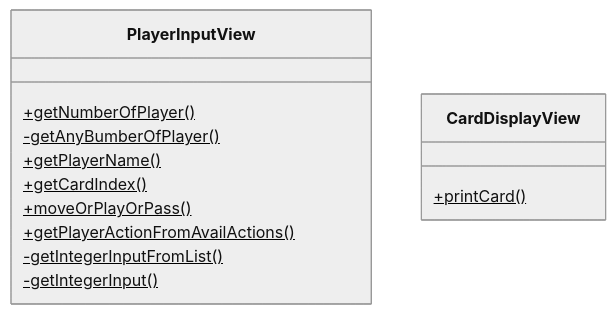
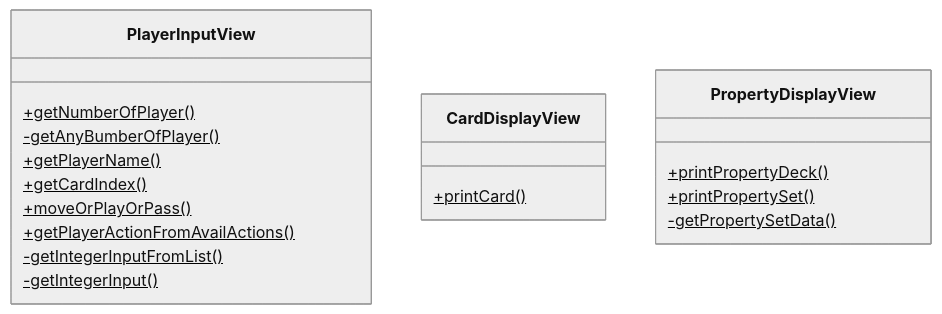
Before and after one commit to KelvinQiu802/comp2004: the fourth of 4 diagrams in README.md, drawn with Mermaid (neutral theme).

Commit message:
docs: update uml

````diff
--- a/README.md
+++ b/README.md
@@ -267,18 +267,24 @@
 ```mermaid
 classDiagram
 	
 	class PlayerInputView{
 		+getNumberOfPlayer()$
 		-getAnyBumberOfPlayer()$
 		+getPlayerName()$
 		+getCardIndex()$
 		+moveOrPlayOrPass()$
 		+getPlayerActionFromAvailActions()$
 		-getIntegerInputFromList()$
 		-getIntegerInput()$
 	}
 	
 	class CardDisplayView {
 		+printCard()$
 	}
+	
+	class PropertyDisplayView {
+		+printPropertyDeck()$
+		+printPropertySet()$
+		-getPropertySetData()$
+	}
 ```
````
